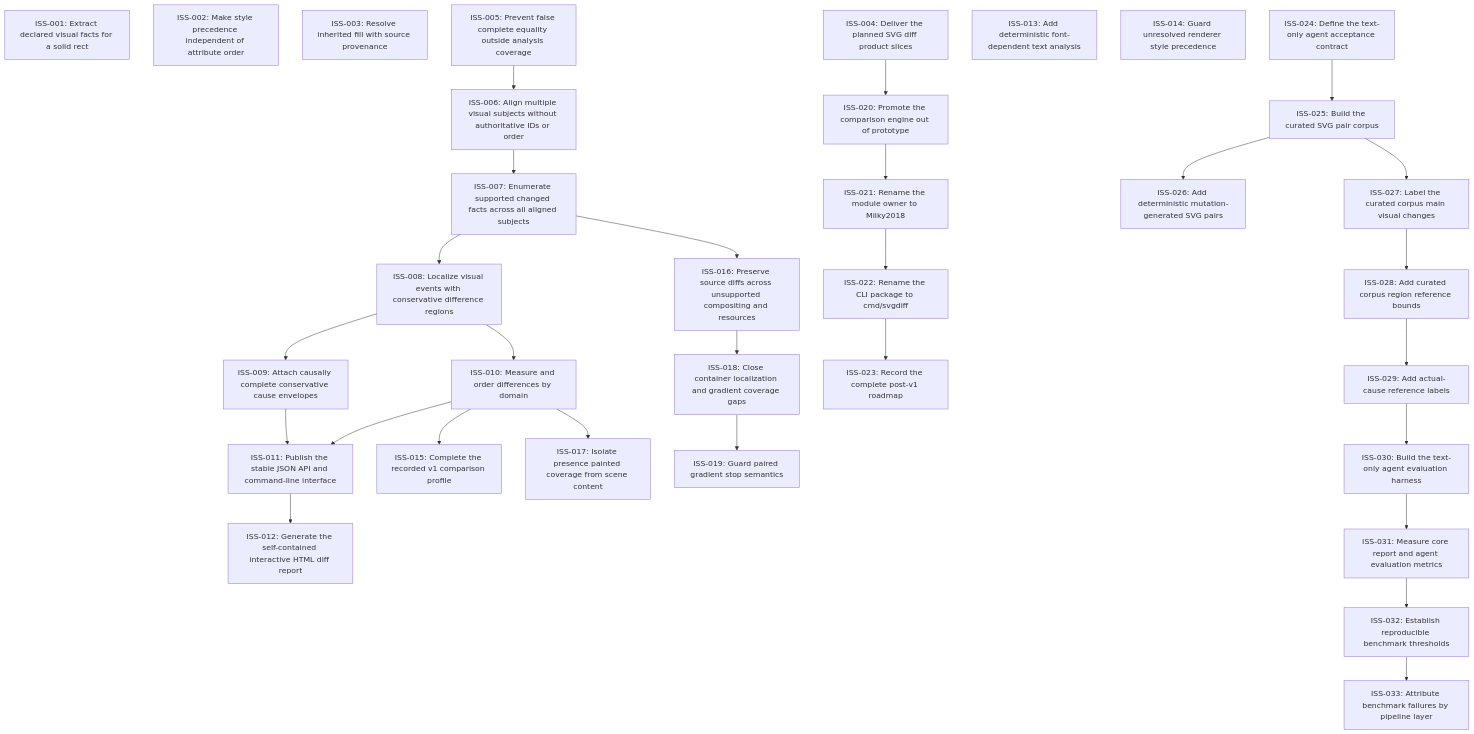
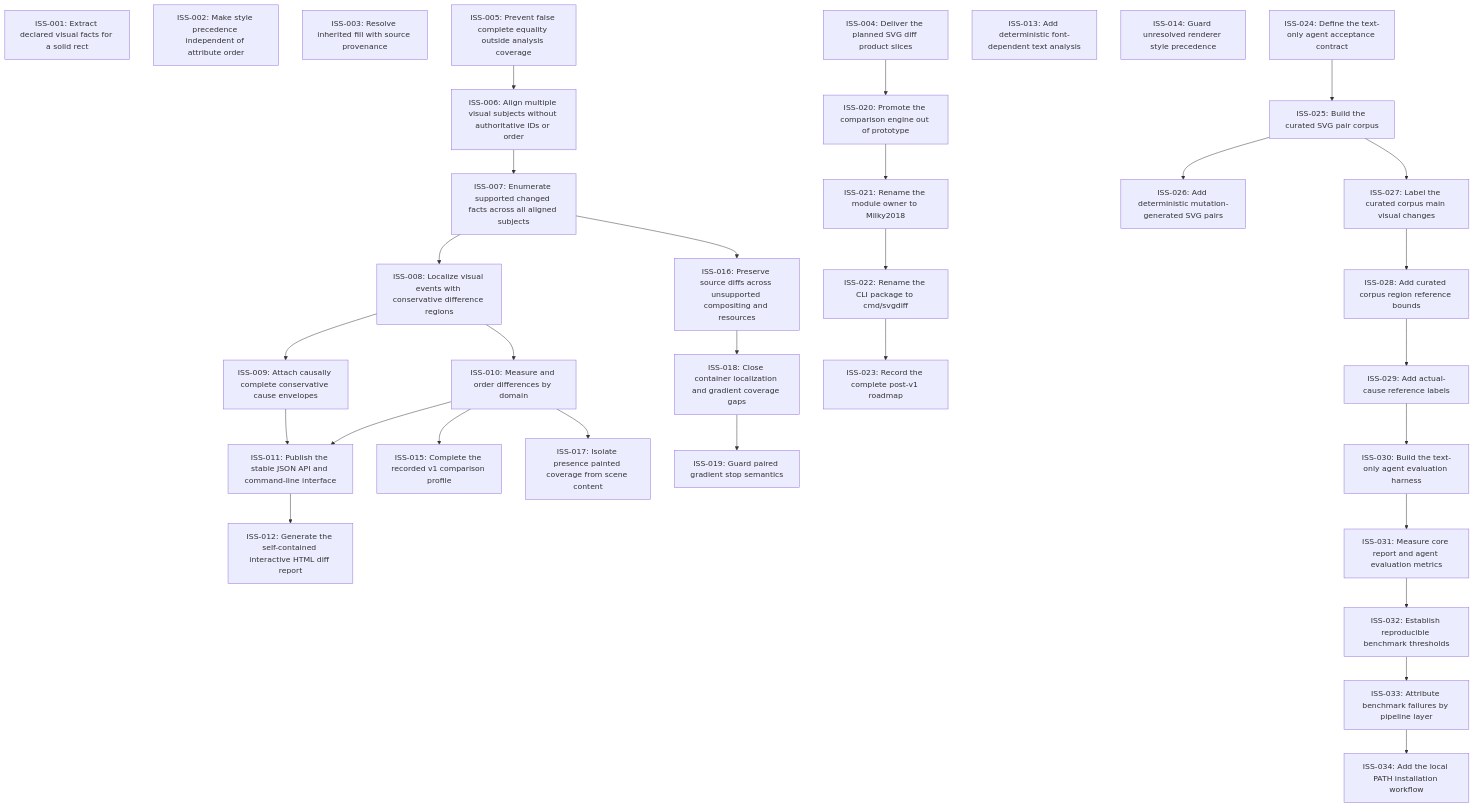
Before and after one commit to moonbit-community/svgdiff: the diagram in issues/README.md, drawn with Mermaid. The commit also changed 5 other files, not shown here.

Commit message:
Add local PATH installation workflow

````diff
--- a/issues/README.md
+++ b/issues/README.md
@@ -18,62 +18,64 @@
 ```mermaid
 graph TD
   ISS_001["ISS-001: Extract declared visual facts for a solid rect"]
   ISS_002["ISS-002: Make style precedence independent of attribute order"]
   ISS_003["ISS-003: Resolve inherited fill with source provenance"]
   ISS_004["ISS-004: Deliver the planned SVG diff product slices"]
   ISS_005["ISS-005: Prevent false complete equality outside analysis coverage"]
   ISS_006["ISS-006: Align multiple visual subjects without authoritative IDs or order"]
   ISS_007["ISS-007: Enumerate supported changed facts across all aligned subjects"]
   ISS_008["ISS-008: Localize visual events with conservative difference regions"]
   ISS_009["ISS-009: Attach causally complete conservative cause envelopes"]
   ISS_010["ISS-010: Measure and order differences by domain"]
   ISS_011["ISS-011: Publish the stable JSON API and command-line interface"]
   ISS_012["ISS-012: Generate the self-contained interactive HTML diff report"]
   ISS_013["ISS-013: Add deterministic font-dependent text analysis"]
   ISS_014["ISS-014: Guard unresolved renderer style precedence"]
   ISS_015["ISS-015: Complete the recorded v1 comparison profile"]
   ISS_016["ISS-016: Preserve source diffs across unsupported compositing and resources"]
   ISS_017["ISS-017: Isolate presence painted coverage from scene content"]
   ISS_018["ISS-018: Close container localization and gradient coverage gaps"]
   ISS_019["ISS-019: Guard paired gradient stop semantics"]
   ISS_020["ISS-020: Promote the comparison engine out of prototype"]
   ISS_021["ISS-021: Rename the module owner to Milky2018"]
   ISS_022["ISS-022: Rename the CLI package to cmd/svgdiff"]
   ISS_023["ISS-023: Record the complete post-v1 roadmap"]
   ISS_024["ISS-024: Define the text-only agent acceptance contract"]
   ISS_025["ISS-025: Build the curated SVG pair corpus"]
   ISS_026["ISS-026: Add deterministic mutation-generated SVG pairs"]
   ISS_027["ISS-027: Label the curated corpus main visual changes"]
   ISS_028["ISS-028: Add curated corpus region reference bounds"]
   ISS_029["ISS-029: Add actual-cause reference labels"]
   ISS_030["ISS-030: Build the text-only agent evaluation harness"]
   ISS_031["ISS-031: Measure core report and agent evaluation metrics"]
   ISS_032["ISS-032: Establish reproducible benchmark thresholds"]
   ISS_033["ISS-033: Attribute benchmark failures by pipeline layer"]
+  ISS_034["ISS-034: Add the local PATH installation workflow"]
   ISS_005 --> ISS_006
   ISS_006 --> ISS_007
   ISS_007 --> ISS_008
   ISS_008 --> ISS_009
   ISS_008 --> ISS_010
   ISS_009 --> ISS_011
   ISS_010 --> ISS_011
   ISS_011 --> ISS_012
   ISS_010 --> ISS_015
   ISS_007 --> ISS_016
   ISS_010 --> ISS_017
   ISS_016 --> ISS_018
   ISS_018 --> ISS_019
   ISS_004 --> ISS_020
   ISS_020 --> ISS_021
   ISS_021 --> ISS_022
   ISS_022 --> ISS_023
   ISS_024 --> ISS_025
   ISS_025 --> ISS_026
   ISS_025 --> ISS_027
   ISS_027 --> ISS_028
   ISS_028 --> ISS_029
   ISS_029 --> ISS_030
   ISS_030 --> ISS_031
   ISS_031 --> ISS_032
   ISS_032 --> ISS_033
+  ISS_033 --> ISS_034
 ```
````
